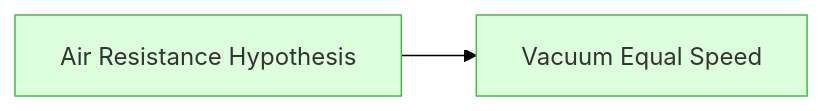
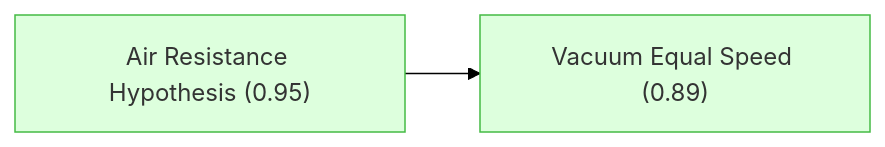
The first of 2 diagrams in README.md (kunyuan/GalileoFallingBodies.gaia), drawn with Mermaid (forest theme) before and after one commit. The commit also changed other lines of this file and 2 other files, not shown here.

First line of the commit message:
fix: regenerate README with fixed mermaid graph rendering

````diff
--- a/README.md
+++ b/README.md
@@ -7,16 +7,16 @@
 ```mermaid
 graph LR
-    hyp_air_resistance["Air Resistance Hypothesis"]:::derived
-    hyp_vacuum_equal["Vacuum Equal Speed"]:::derived
+    hyp_air_resistance["Air Resistance Hypothesis (0.95)"]:::derived
+    hyp_vacuum_equal["Vacuum Equal Speed (0.89)"]:::derived
     hyp_air_resistance --> hyp_vacuum_equal
 
     classDef setting fill:#f0f0f0,stroke:#999,color:#333
     classDef premise fill:#ddeeff,stroke:#4488bb,color:#333
     classDef derived fill:#ddffdd,stroke:#44bb44,color:#333
     classDef question fill:#fff3dd,stroke:#cc9944,color:#333
     classDef background fill:#f5f5f5,stroke:#bbb,stroke-dasharray: 5 5,color:#333
     classDef orphan fill:#fff,stroke:#ccc,stroke-dasharray: 5 5,color:#333
     classDef external fill:#fff,stroke:#aaa,stroke-dasharray: 3 3,color:#333
     classDef weak fill:#fff9c4,stroke:#f9a825,stroke-dasharray: 5 5,color:#333
     classDef contra fill:#ffebee,stroke:#c62828,color:#333
 ```
````
